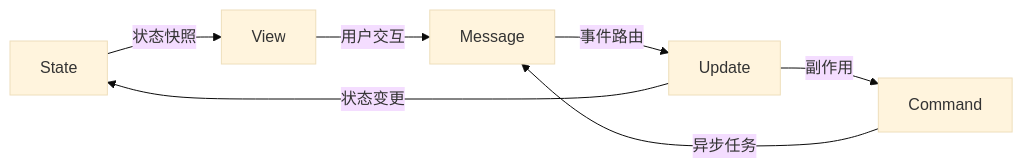
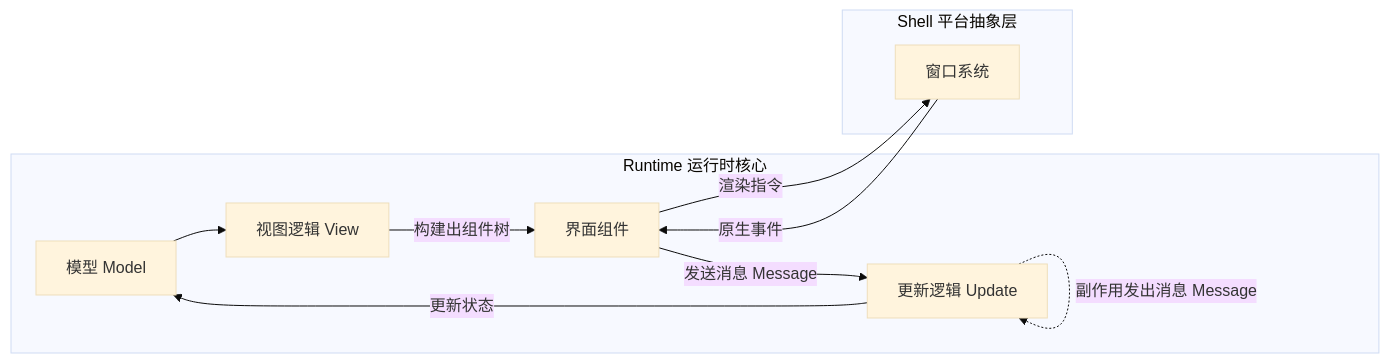
The first of 2 diagrams in articles/0051.Deconstructing-the-Runtime-Model-and-Design-Philosophy-of-Iced.mdx (Gaubee/gaubee.com), drawn with Mermaid (base theme) before and after one commit. The commit also changed other lines of this file, not shown here.

````diff
--- a/articles/0051.Deconstructing-the-Runtime-Model-and-Design-Philosophy-of-Iced.mdx
+++ b/articles/0051.Deconstructing-the-Runtime-Model-and-Design-Philosophy-of-Iced.mdx
@@ -24,9 +26,14 @@
 ```mermaid
 graph LR
-    S[State] -->|状态快照| V[View]
-    V -->|用户交互| M[Message]
-    M -->|事件路由| U[Update]
-    U -->|状态变更| S
-    U -->|副作用| C[Command]
-    C -->|异步任务| M
+    subgraph Runtime[Runtime 运行时核心]
+        Model[模型 Model] --> View[视图逻辑 View]
+        View -->|构建出组件树| Widget[界面组件]
+        Widget --> |发送消息 Message| Update[更新逻辑 Update]
+        Update -.->|副作用发出消息 Message| Update
+        Update -->|更新状态| Model
+    end
+    subgraph Shell[Shell 平台抽象层]
+        Window[窗口系统] -->|原生事件| Widget
+        Widget -->|渲染指令| Window
+    end
 ```
````
